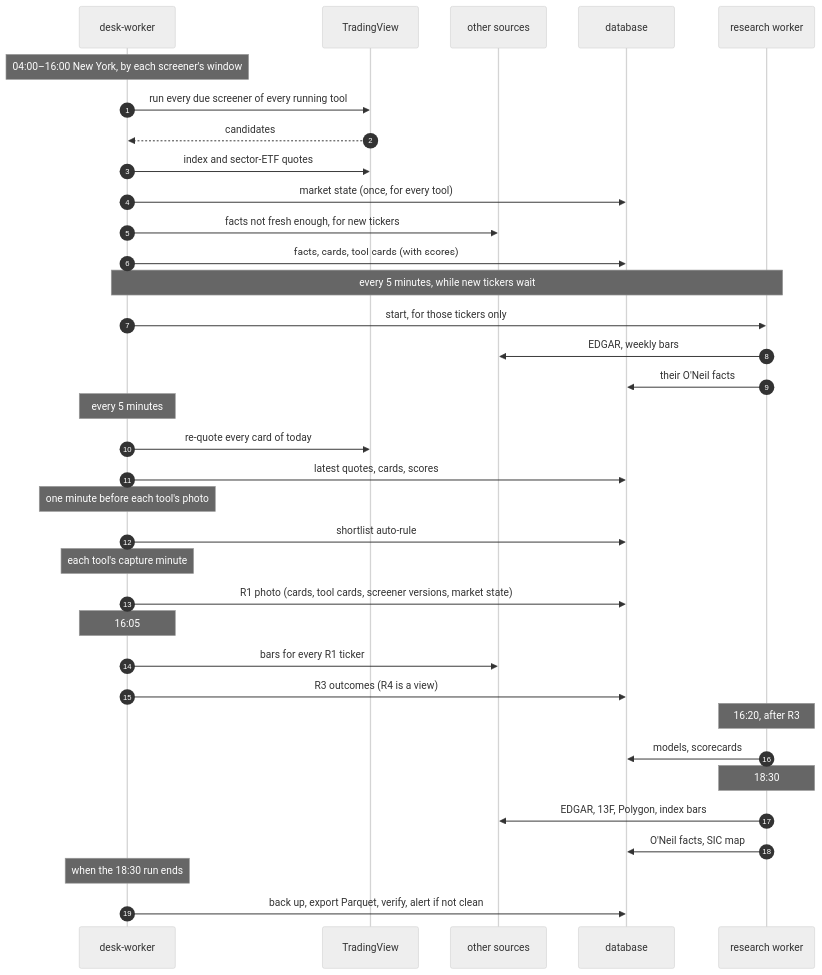
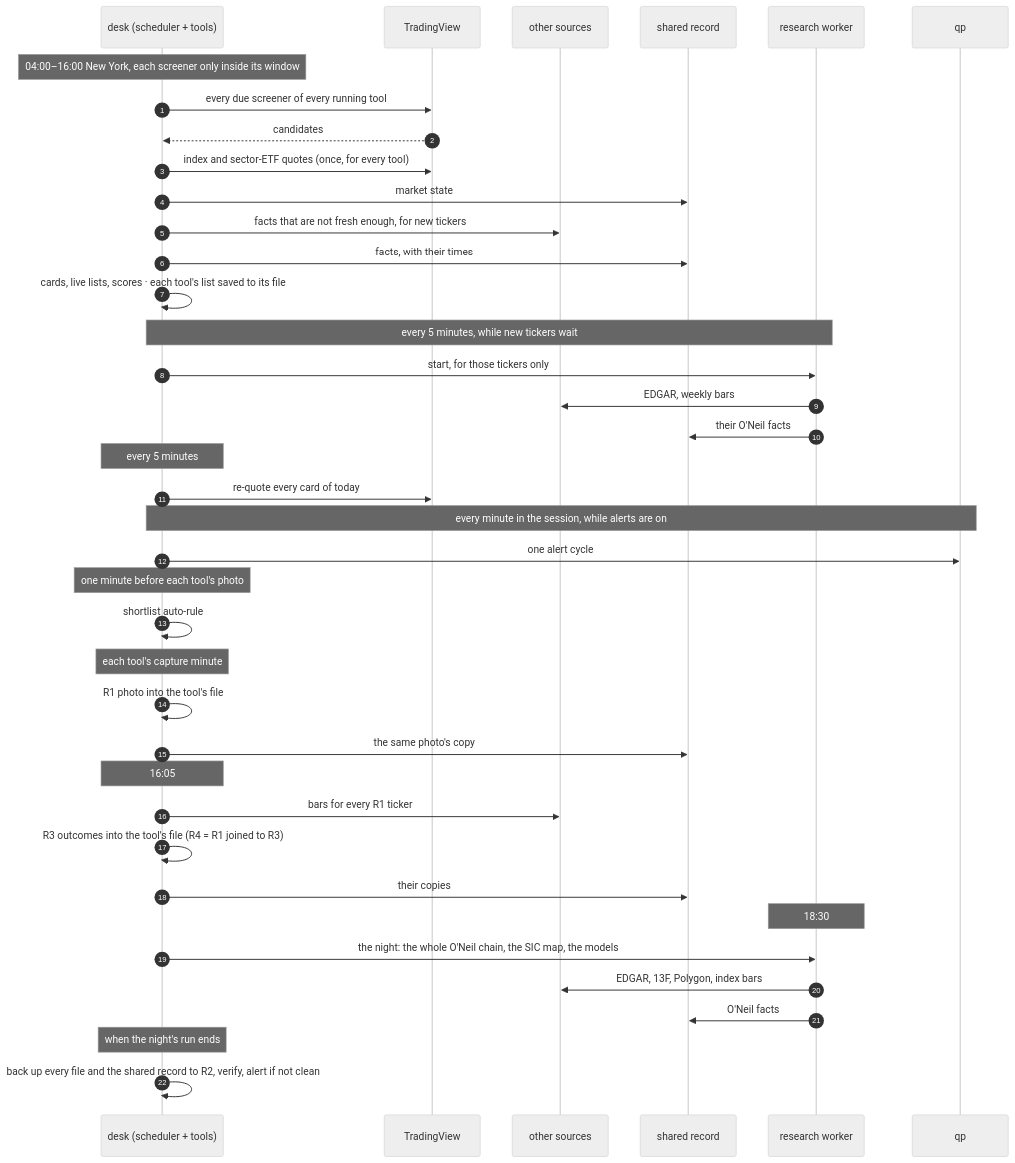
One commit to Mohamed-albadri-1995/Trade-Disk changed the second of 2 diagrams in ARCHITECTURE.md. Above: the diagram before and after it, drawn with Mermaid (neutral theme). The commit also changed other lines of this file, not shown here.

First line of the commit message:
Design tree, layer 0: the trunk around the one-program diagram

````diff
--- a/ARCHITECTURE.md
+++ b/ARCHITECTURE.md
@@ -941,37 +495,41 @@
 ```mermaid
 sequenceDiagram
   autonumber
-  participant W as desk-worker
+  participant D as desk (scheduler + tools)
   participant TV as TradingView
   participant SRC as other sources
-  participant DB as database
+  participant PG as shared record
   participant RW as research worker
-  Note over W: 04:00–16:00 New York, by each screener's window
-  W->>TV: run every due screener of every running tool
-  TV-->>W: candidates
-  W->>TV: index and sector-ETF quotes
-  W->>DB: market state (once, for every tool)
-  W->>SRC: facts not fresh enough, for new tickers
-  W->>DB: facts, cards, tool cards (with scores)
-  Note over W,RW: every 5 minutes, while new tickers wait
-  W->>RW: start, for those tickers only
+  participant Q as qp
+  Note over D: 04:00–16:00 New York, each screener only inside its window
+  D->>TV: every due screener of every running tool
+  TV-->>D: candidates
+  D->>TV: index and sector-ETF quotes (once, for every tool)
+  D->>PG: market state
+  D->>SRC: facts that are not fresh enough, for new tickers
+  D->>PG: facts, with their times
+  D->>D: cards, live lists, scores · each tool's list saved to its file
+  Note over D,RW: every 5 minutes, while new tickers wait
+  D->>RW: start, for those tickers only
   RW->>SRC: EDGAR, weekly bars
-  RW->>DB: their O'Neil facts
-  Note over W: every 5 minutes
-  W->>TV: re-quote every card of today
-  W->>DB: latest quotes, cards, scores
-  Note over W: one minute before each tool's photo
-  W->>DB: shortlist auto-rule
-  Note over W: each tool's capture minute
-  W->>DB: R1 photo (cards, tool cards, screener versions, market state)
-  Note over W: 16:05
-  W->>SRC: bars for every R1 ticker
-  W->>DB: R3 outcomes (R4 is a view)
-  Note over RW: 16:20, after R3
-  RW->>DB: models, scorecards
+  RW->>PG: their O'Neil facts
+  Note over D: every 5 minutes
+  D->>TV: re-quote every card of today
+  Note over D,Q: every minute in the session, while alerts are on
+  D->>Q: one alert cycle
+  Note over D: one minute before each tool's photo
+  D->>D: shortlist auto-rule
+  Note over D: each tool's capture minute
+  D->>D: R1 photo into the tool's file
+  D->>PG: the same photo's copy
+  Note over D: 16:05
+  D->>SRC: bars for every R1 ticker
+  D->>D: R3 outcomes into the tool's file (R4 = R1 joined to R3)
+  D->>PG: their copies
   Note over RW: 18:30
+  D->>RW: the night: the whole O'Neil chain, the SIC map, the models
   RW->>SRC: EDGAR, 13F, Polygon, index bars
-  RW->>DB: O'Neil facts, SIC map
-  Note over W: when the 18:30 run ends
-  W->>DB: back up, export Parquet, verify, alert if not clean
+  RW->>PG: O'Neil facts
+  Note over D: when the night's run ends
+  D->>D: back up every file and the shared record to R2, verify, alert if not clean
 ```
````
